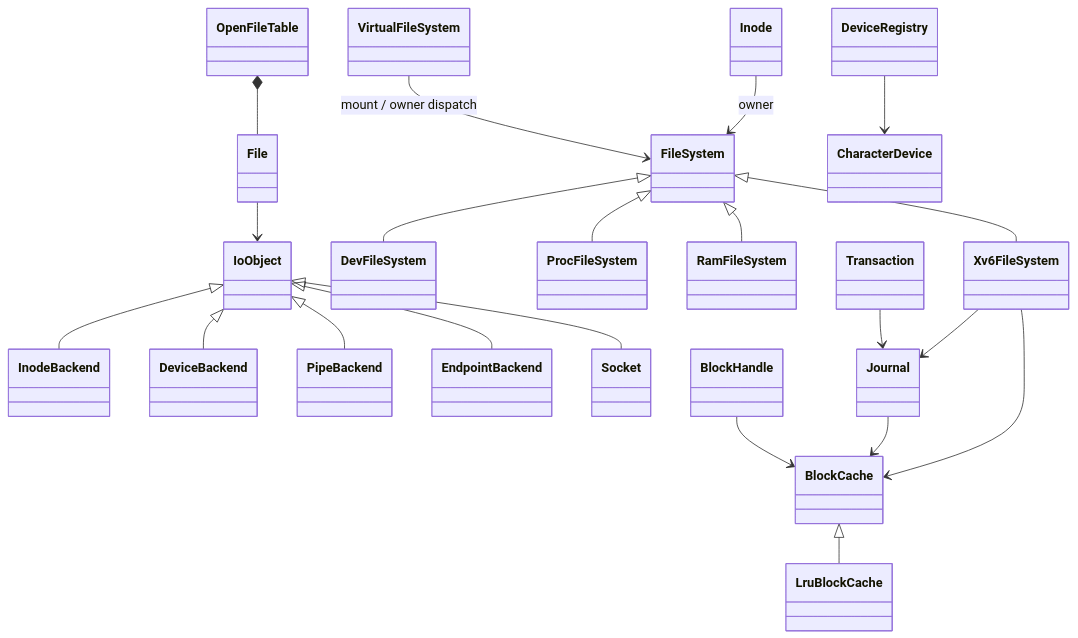
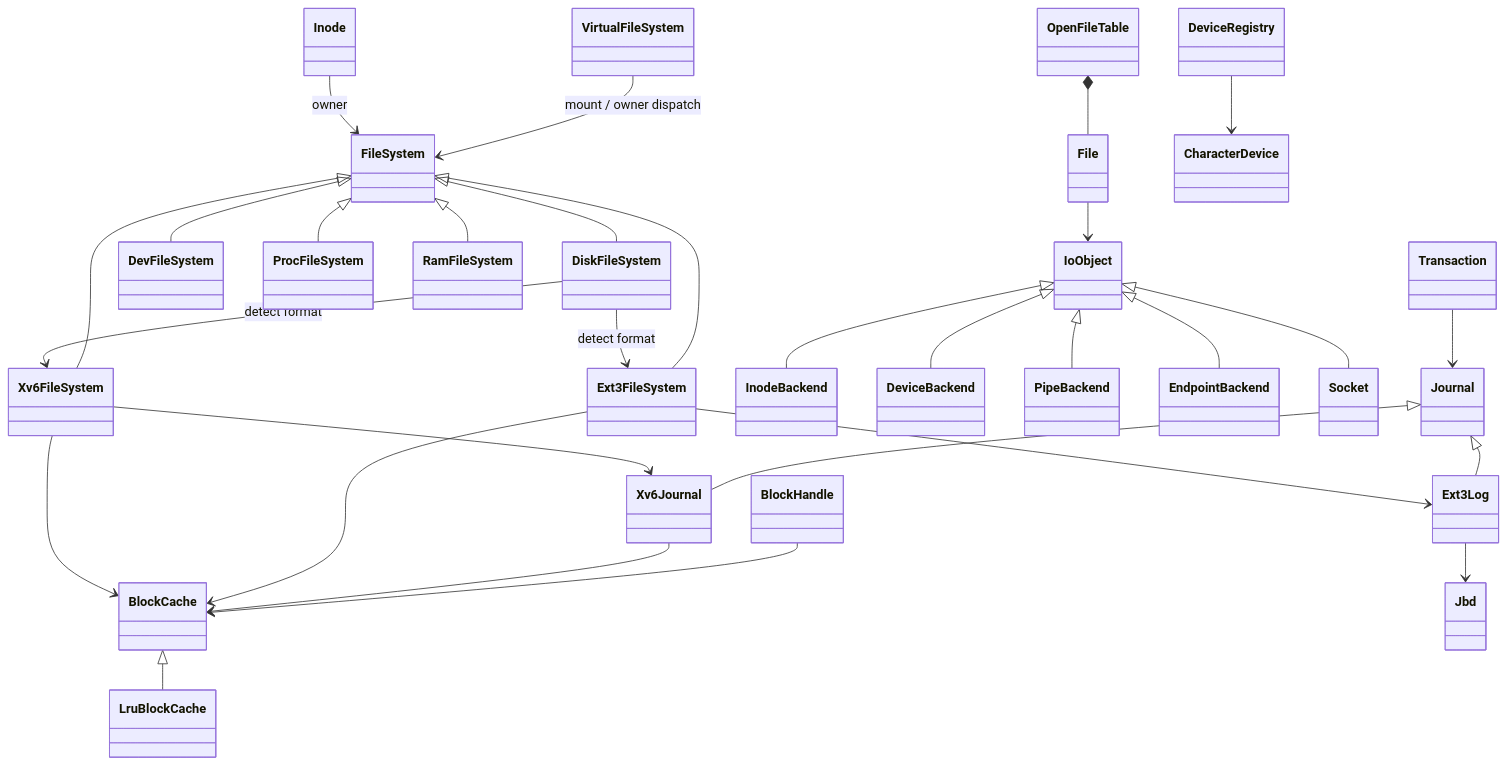
One commit to barrenham/xv6-cpp changed the diagram in kernel/fs/README.md. Above: the diagram before and after it, drawn with Mermaid. The commit also changed other lines of this file and 264 other files, not shown here.

````diff
--- a/kernel/fs/README.md
+++ b/kernel/fs/README.md
@@ -25,23 +26,32 @@
 ```mermaid
 classDiagram
   BlockCache <|-- LruBlockCache
   FileSystem <|-- Xv6FileSystem
+  FileSystem <|-- Ext3FileSystem
+  FileSystem <|-- DiskFileSystem
+  DiskFileSystem --> Xv6FileSystem : detect format
+  DiskFileSystem --> Ext3FileSystem : detect format
   VirtualFileSystem --> FileSystem : mount / owner dispatch
   FileSystem <|-- DevFileSystem
   FileSystem <|-- ProcFileSystem
   FileSystem <|-- RamFileSystem
   Inode --> FileSystem : owner
   File --> IoObject
   IoObject <|-- InodeBackend
   IoObject <|-- DeviceBackend
   IoObject <|-- PipeBackend
   IoObject <|-- EndpointBackend
   IoObject <|-- Socket
   BlockHandle --> BlockCache
   Transaction --> Journal
-  Journal --> BlockCache
-  Xv6FileSystem --> Journal
+  Journal <|-- Xv6Journal
+  Journal <|-- Ext3Log
+  Xv6Journal --> BlockCache
+  Ext3Log --> Jbd
+  Ext3FileSystem --> Ext3Log
+  Ext3FileSystem --> BlockCache
+  Xv6FileSystem --> Xv6Journal
   Xv6FileSystem --> BlockCache
   OpenFileTable *-- File
   DeviceRegistry --> CharacterDevice
 ```
````
